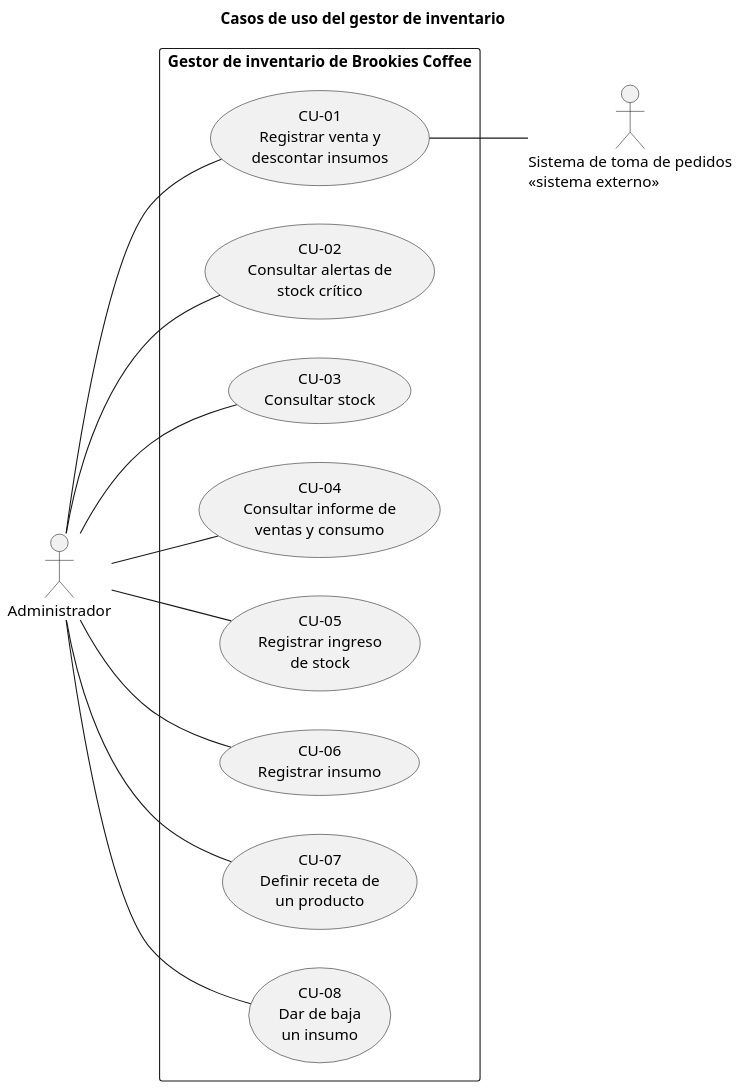
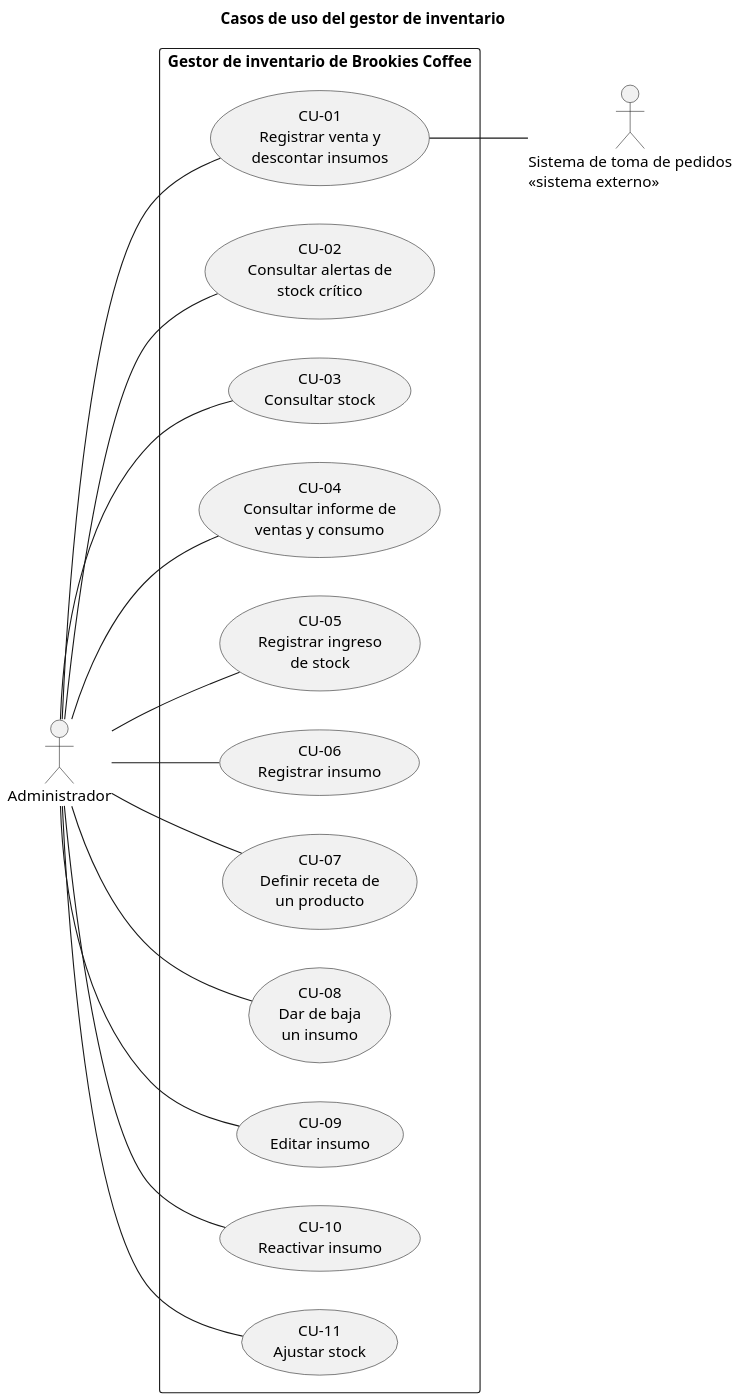
Before and after one commit to lambtto/Gestor-Inventario-Brookie: the diagram in diagramas/casos-de-uso.puml, drawn with PlantUML. The commit also changed 21 other files, not shown here.

First line of the commit message:
Validación HU-06: editar/reactivar insumos, nombre y costo CLP, ventana emergente; nueva HU-07 Ajustar stock

```diff
--- a/diagramas/casos-de-uso.puml
+++ b/diagramas/casos-de-uso.puml
@@ -1,28 +1,34 @@
 @startuml casos-de-uso
 title Casos de uso del gestor de inventario
 skinparam dpi 140
 left to right direction
 actor "Administrador" as Adm
 actor "Sistema de toma de pedidos\n<<sistema externo>>" as SP
 
 rectangle "Gestor de inventario de Brookies Coffee" {
   usecase "CU-01\nRegistrar venta y\ndescontar insumos" as CU01
   usecase "CU-02\nConsultar alertas de\nstock crítico" as CU02
   usecase "CU-03\nConsultar stock" as CU03
   usecase "CU-04\nConsultar informe de\nventas y consumo" as CU04
   usecase "CU-05\nRegistrar ingreso\nde stock" as CU05
   usecase "CU-06\nRegistrar insumo" as CU06
   usecase "CU-07\nDefinir receta de\nun producto" as CU07
   usecase "CU-08\nDar de baja\nun insumo" as CU08
+  usecase "CU-09\nEditar insumo" as CU09
+  usecase "CU-10\nReactivar insumo" as CU10
+  usecase "CU-11\nAjustar stock" as CU11
 }
 
 Adm -- CU01
 Adm -- CU02
 Adm -- CU03
 Adm -- CU04
 Adm -- CU05
 Adm -- CU06
 Adm -- CU07
 Adm -- CU08
+Adm -- CU09
+Adm -- CU10
+Adm -- CU11
 CU01 -- SP
 @enduml
```
